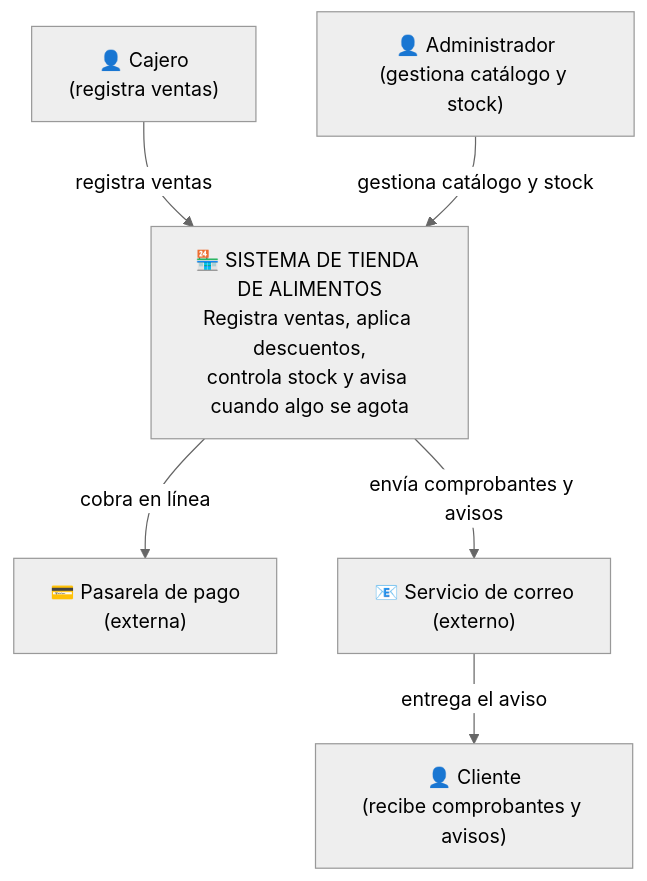
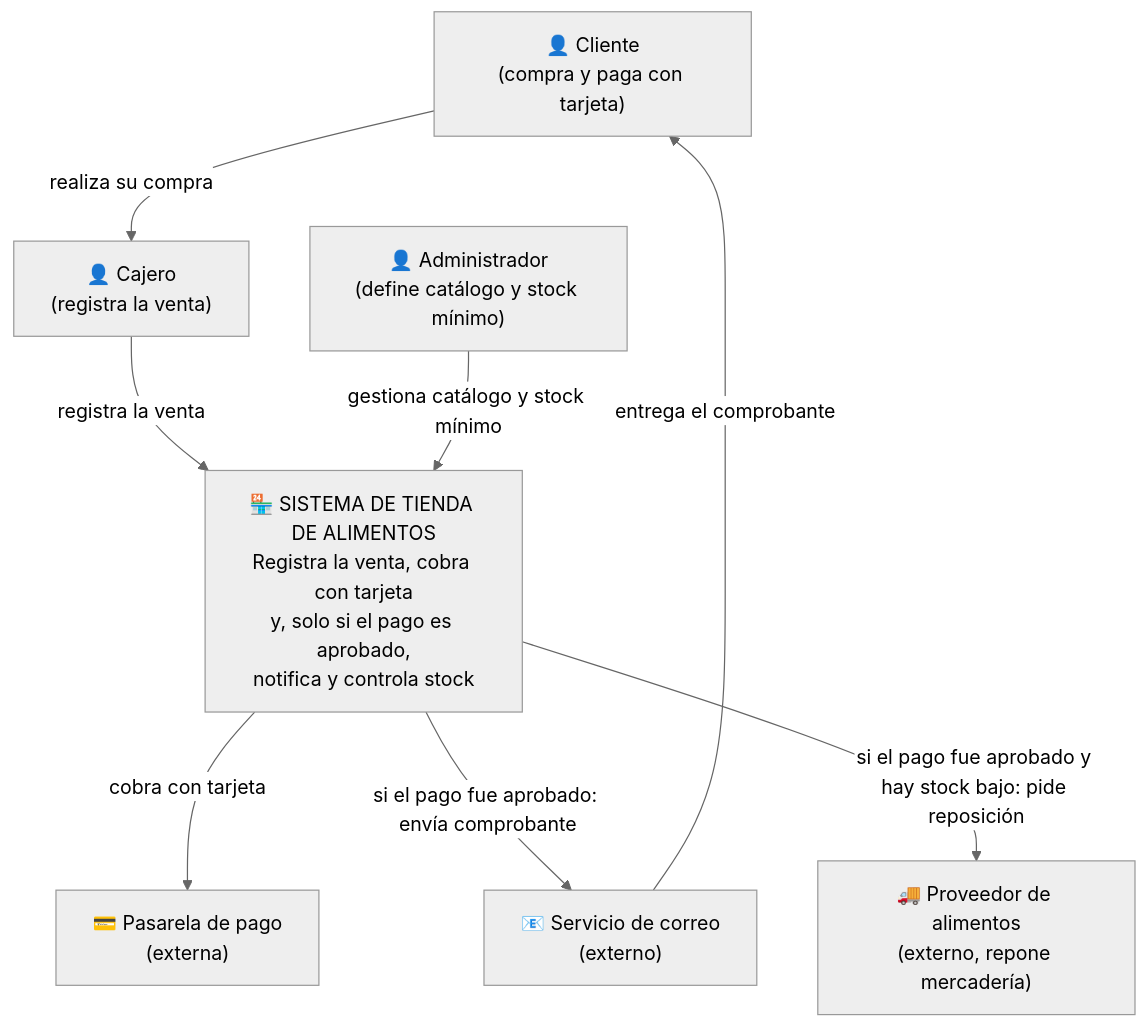
Before and after one commit to jeysonqa2001/expediente-arq-zuazo: the first of 2 diagrams in H4/Readme.md, drawn with Mermaid. The commit also changed other lines of this file and 11 other files, not shown here.

````diff
--- a/H4/Readme.md
+++ b/H4/Readme.md
@@ -9,18 +8,23 @@
 ```mermaid
 %%{init: {'theme': 'neutral'}}%%
 flowchart TD
-    Cajero["👤 Cajero<br/>(registra ventas)"]
-    Administrador["👤 Administrador<br/>(gestiona catálogo y stock)"]
+    Cliente["👤 Cliente<br/>(compra y paga con tarjeta)"]
+    Cajero["👤 Cajero<br/>(registra la venta)"]
+    Administrador["👤 Administrador<br/>(define catálogo y stock mínimo)"]
 
-    Sistema["🏪 SISTEMA DE TIENDA DE ALIMENTOS<br/>Registra ventas, aplica descuentos,<br/>controla stock y avisa cuando algo se agota"]
+    Sistema["🏪 SISTEMA DE TIENDA DE ALIMENTOS<br/>Registra la venta, cobra con tarjeta<br/>y, solo si el pago es aprobado,<br/>notifica y controla stock"]
 
     Pasarela["💳 Pasarela de pago<br/>(externa)"]
     Correo["📧 Servicio de correo<br/>(externo)"]
-    Cliente["👤 Cliente<br/>(recibe comprobantes y avisos)"]
+    Proveedor["🚚 Proveedor de alimentos<br/>(externo, repone mercadería)"]
 
-    Cajero -->|registra ventas| Sistema
-    Administrador -->|gestiona catálogo y stock| Sistema
-    Sistema -->|cobra en línea| Pasarela
-    Sistema -->|envía comprobantes y avisos| Correo
-    Correo -->|entrega el aviso| Cliente
+    Cliente -->|realiza su compra| Cajero
+    Cajero -->|registra la venta| Sistema
+    Administrador -->|gestiona catálogo y stock mínimo| Sistema
+
+    Sistema -->|cobra con tarjeta| Pasarela
+    Sistema -->|si el pago fue aprobado: envía comprobante| Correo
+    Sistema -->|si el pago fue aprobado y hay stock bajo: pide reposición| Proveedor
+
+    Correo -->|entrega el comprobante| Cliente
 ```
````
